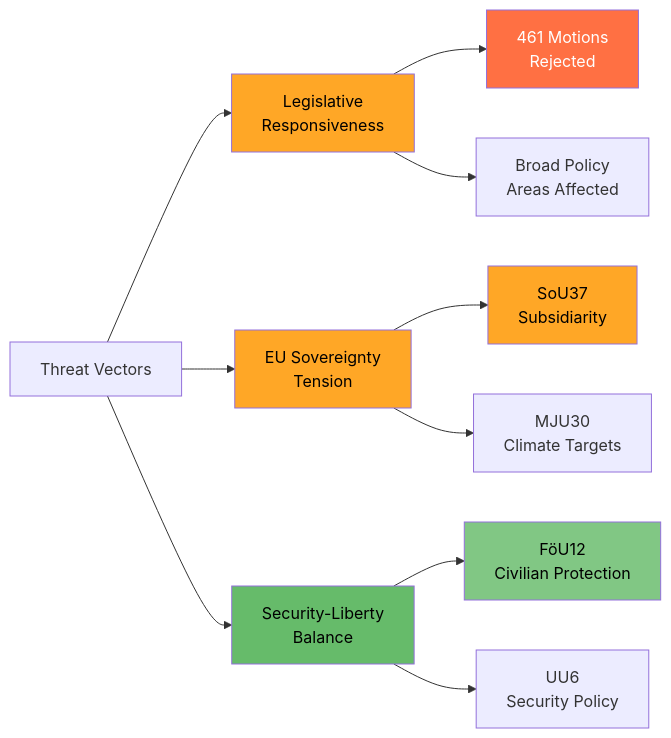
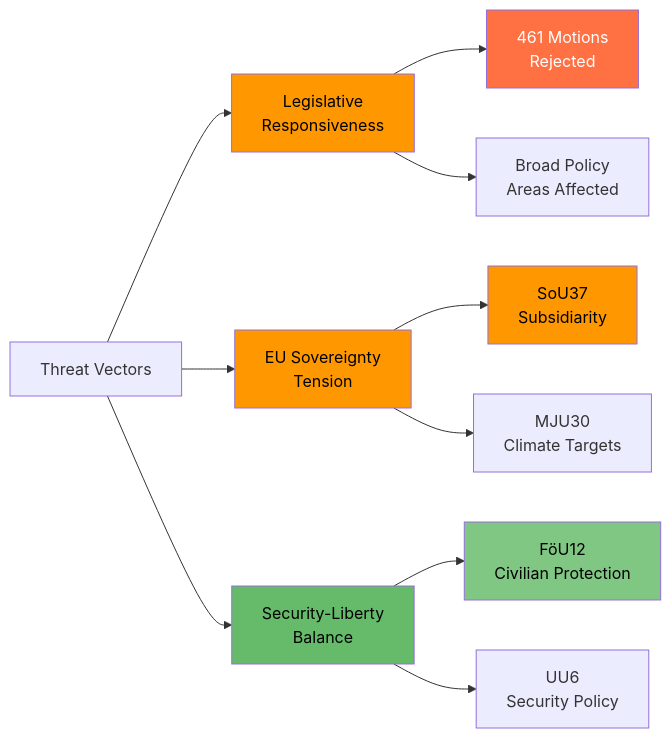
The diagram in analysis/daily/2026-04-08/committeeReports/threat-analysis.md (Hack23/riksdagsmonitor), drawn with Mermaid before and after one commit. The commit also changed 785 other files, not shown here.

First line of the commit message:
Normalize mermaid colors across 786 analysis artifacts to ISMS Style Guide palette

````diff
--- a/analysis/daily/2026-04-08/committeeReports/threat-analysis.md
+++ b/analysis/daily/2026-04-08/committeeReports/threat-analysis.md
@@ -43,22 +43,22 @@
 ```mermaid
 flowchart LR
     A[Threat Vectors] --> B[Legislative<br/>Responsiveness]
     A --> C[EU Sovereignty<br/>Tension]
     A --> D[Security-Liberty<br/>Balance]
     
     B --> B1[461 Motions<br/>Rejected]
     B --> B2[Broad Policy<br/>Areas Affected]
     
     C --> C1[SoU37<br/>Subsidiarity]
     C --> C2[MJU30<br/>Climate Targets]
     
     D --> D1[FöU12<br/>Civilian Protection]
     D --> D2[UU6<br/>Security Policy]
     
-    style B fill:#ffa726,color:#000
-    style C fill:#ffa726,color:#000
-    style D fill:#66bb6a,color:#000
-    style B1 fill:#ff7043,color:#fff
-    style C1 fill:#ffa726,color:#000
-    style D1 fill:#81c784,color:#000
+    style B fill:#FF9800,color:#000000
+    style C fill:#FF9800,color:#000000
+    style D fill:#66bb6a,color:#000000
+    style B1 fill:#ff7043,color:#FFFFFF
+    style C1 fill:#FF9800,color:#000000
+    style D1 fill:#81c784,color:#000000
 ```
````
